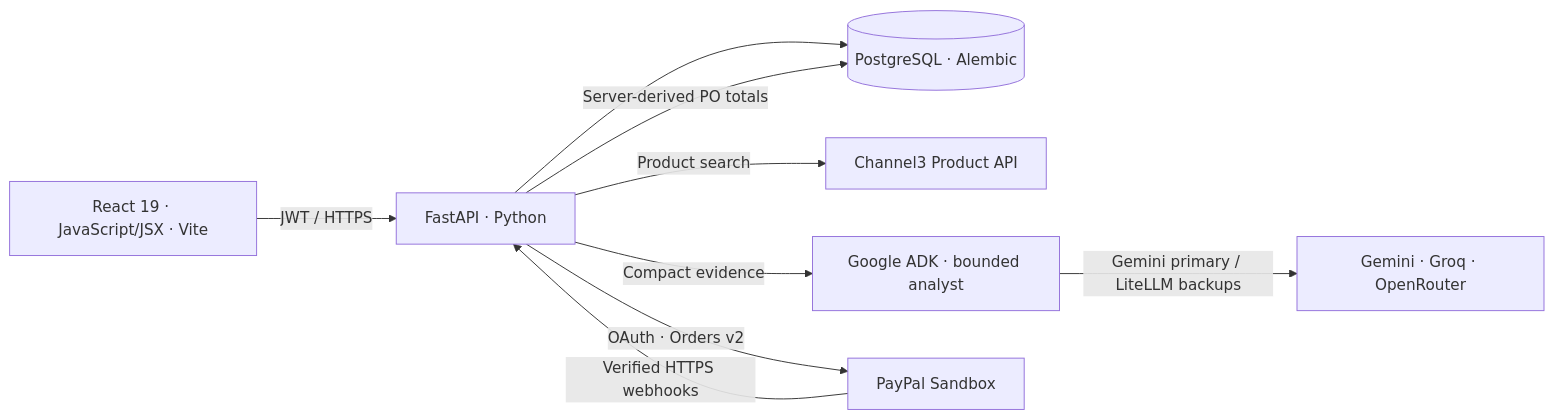
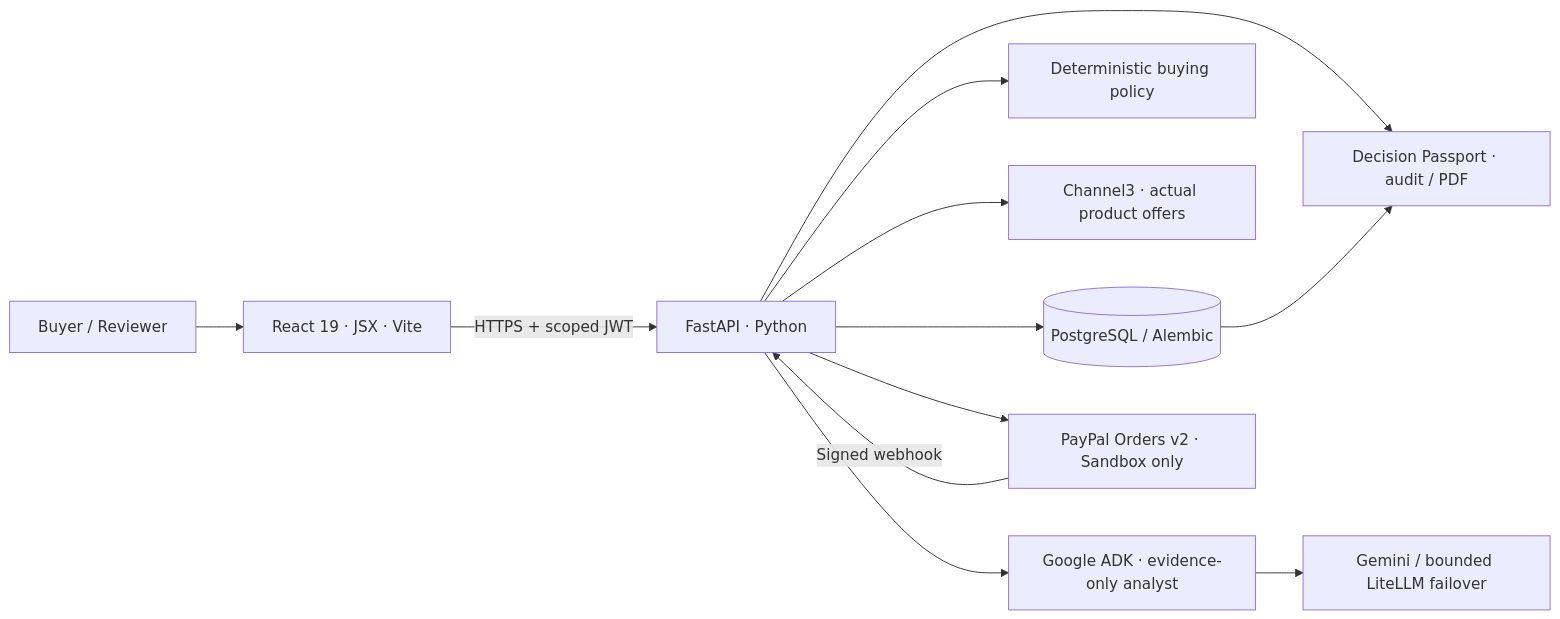
One commit to PerezChris99/ProcurePilot-AI changed the first of 2 diagrams in README.md. Above: the diagram before and after it, drawn with Mermaid. The commit also changed other lines of this file and 1 other file, not shown here.

First line of the commit message:
docs(hackathon): concise judge-first README with architecture, trust flow and quick start

````diff
--- a/README.md
+++ b/README.md
@@ -115,11 +73,14 @@
-~~~mermaid
+```mermaid
 flowchart LR
-    UI["React 19 · JavaScript/JSX · Vite"] -->|"JWT / HTTPS"| API["FastAPI · Python"]
-    API --> DB[("PostgreSQL · Alembic")]
-    API -->|"Product search"| C3["Channel3 Product API"]
-    API -->|"Compact evidence"| ADK["Google ADK · bounded analyst"]
-    ADK -->|"Gemini primary / LiteLLM backups"| GEM["Gemini · Groq · OpenRouter"]
-    API -->|"OAuth · Orders v2"| PP["PayPal Sandbox"]
-    PP -->|"Verified HTTPS webhooks"| API
-    API -->|"Server-derived PO totals"| DB
-~~~
+    B["Buyer / Reviewer"] --> UI["React 19 · JSX · Vite"]
+    UI -->|"HTTPS + scoped JWT"| API["FastAPI · Python"]
+    API --> DB[("PostgreSQL / Alembic")]
+    API --> POL["Deterministic buying policy"]
+    API --> C3["Channel3 · actual product offers"]
+    API --> AI["Google ADK · evidence-only analyst"]
+    AI --> GEM["Gemini / bounded LiteLLM failover"]
+    API --> PP["PayPal Orders v2 · Sandbox only"]
+    PP -->|"Signed webhook"| API
+    API --> PAS["Decision Passport · audit / PDF"]
+    DB --> PAS
+```
````
